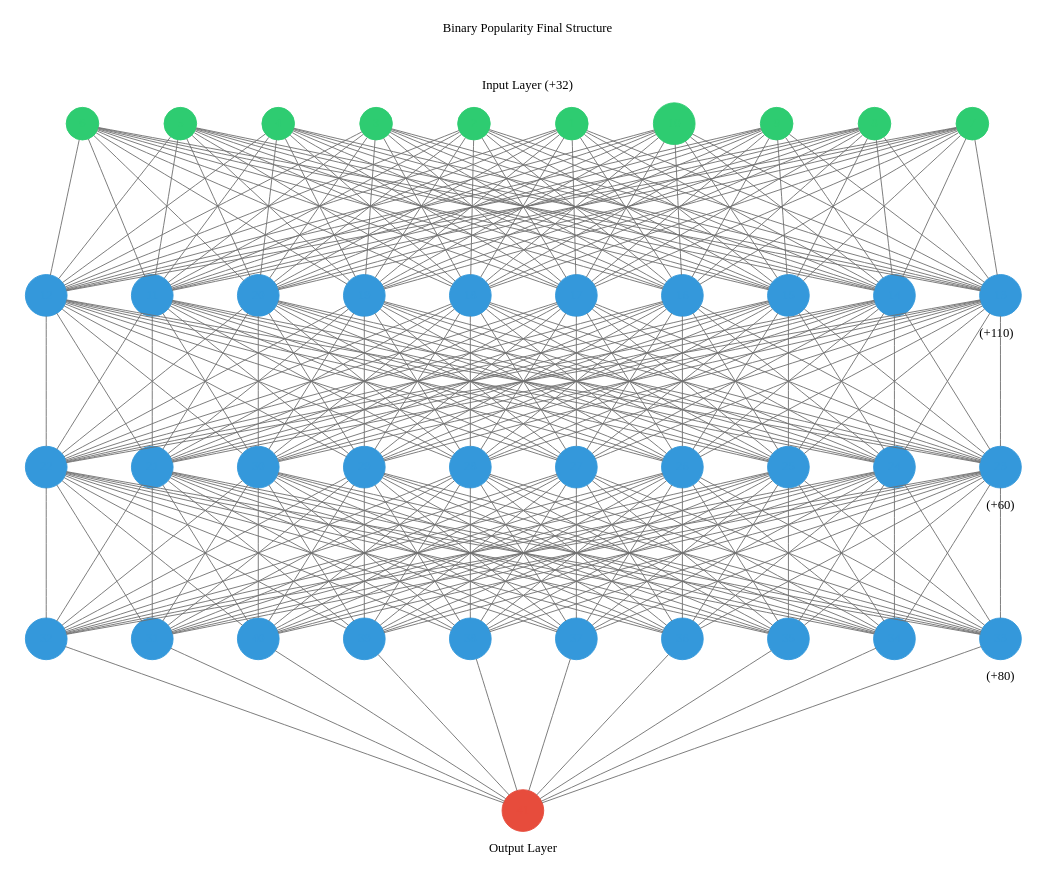
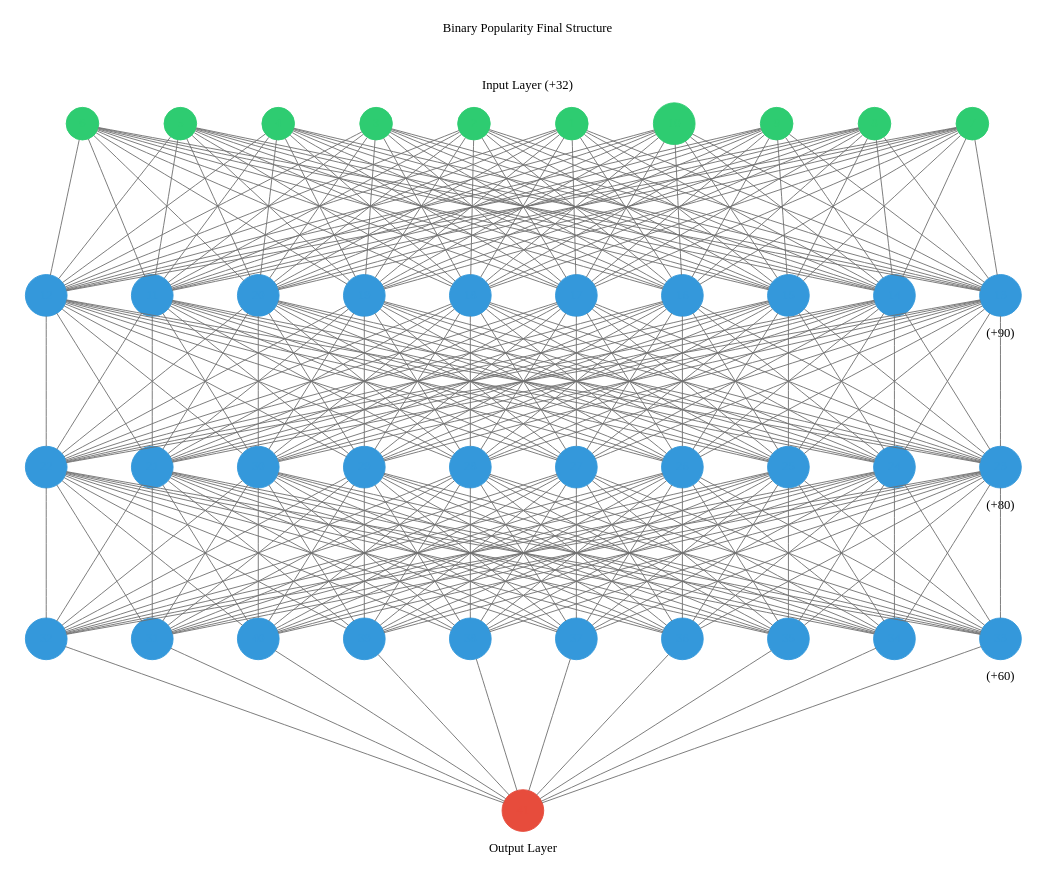
One commit to skronheim/Project-4 changed the diagram in SK_predict_popularity/summary_stats/binary_popularity_final_nn_structure.gv. Above: the diagram before and after it, drawn with Graphviz. The commit also changed 199 other files, not shown here.

```diff
--- a/SK_predict_popularity/summary_stats/binary_popularity_final_nn_structure.gv
+++ b/SK_predict_popularity/summary_stats/binary_popularity_final_nn_structure.gv
@@ -178,7 +178,7 @@
 	subgraph cluster_1 {
 		color=white
 		rank=same
-		label=" (+110)" labeljust=right labelloc=b
+		label=" (+90)" labeljust=right labelloc=b
 		11 [color="#3498db" fontcolor="#3498db" shape=circle style=filled]
 		12 [color="#3498db" fontcolor="#3498db" shape=circle style=filled]
 		13 [color="#3498db" fontcolor="#3498db" shape=circle style=filled]
@@ -293,7 +293,7 @@
 	subgraph cluster_2 {
 		color=white
 		rank=same
-		label=" (+60)" labeljust=right labelloc=b
+		label=" (+80)" labeljust=right labelloc=b
 		21 [color="#3498db" fontcolor="#3498db" shape=circle style=filled]
 		22 [color="#3498db" fontcolor="#3498db" shape=circle style=filled]
 		23 [color="#3498db" fontcolor="#3498db" shape=circle style=filled]
@@ -408,7 +408,7 @@
 	subgraph cluster_3 {
 		color=white
 		rank=same
-		label=" (+80)" labeljust=right labelloc=b
+		label=" (+60)" labeljust=right labelloc=b
 		31 [color="#3498db" fontcolor="#3498db" shape=circle style=filled]
 		32 [color="#3498db" fontcolor="#3498db" shape=circle style=filled]
 		33 [color="#3498db" fontcolor="#3498db" shape=circle style=filled]
```
